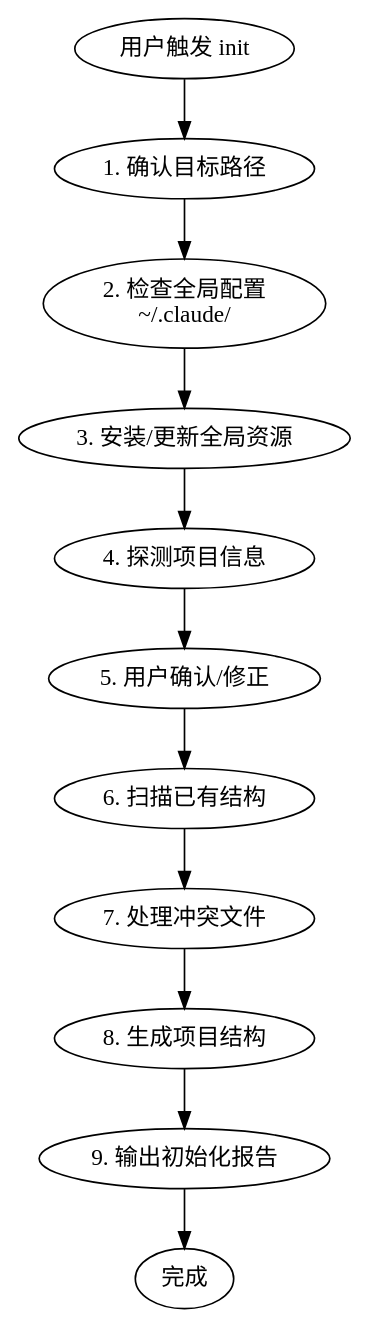
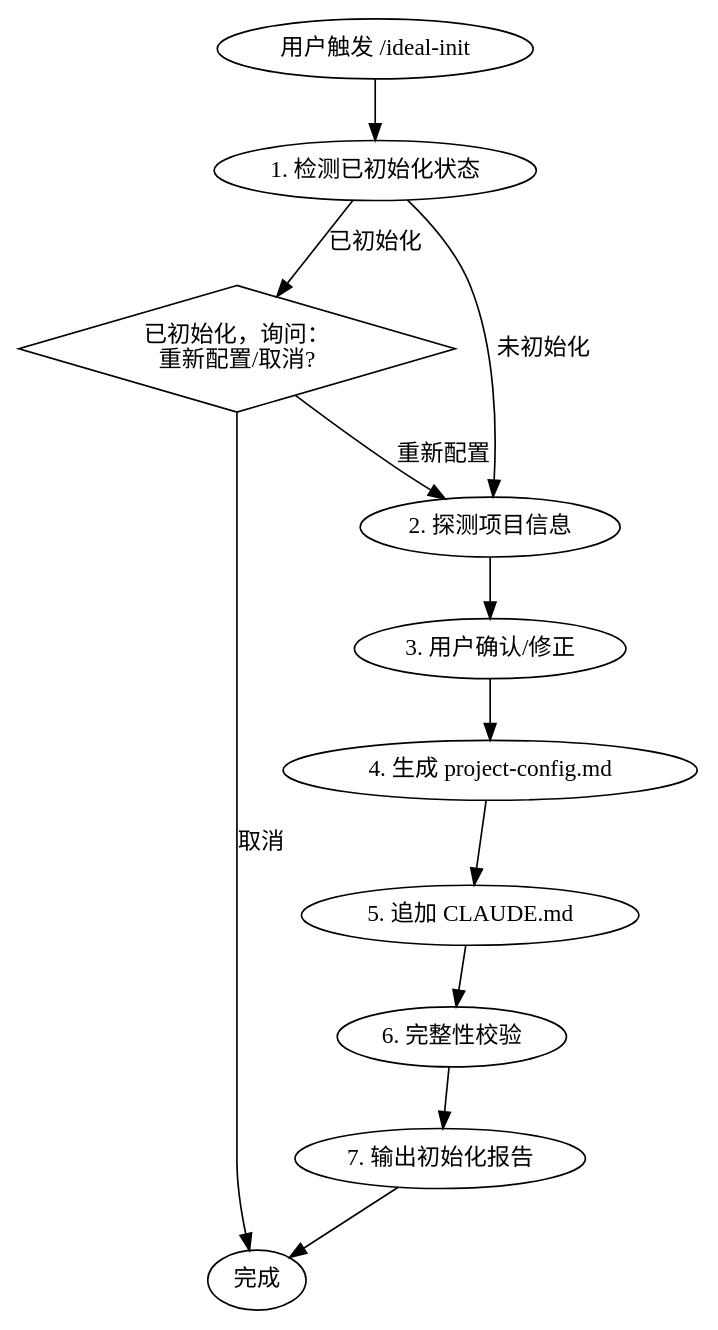
Before and after one commit to MTleen/cc-workflow: the diagram in .claude/skills/ideal-init/SKILL.md, drawn with Graphviz. The commit also changed other lines of this file and 7 other files, not shown here.

First line of the commit message:
refactor: ideal-init skill 职责重构与工作类型扩展

````diff
--- a/.claude/skills/ideal-init/SKILL.md
+++ b/.claude/skills/ideal-init/SKILL.md
@@ -35,19 +74,23 @@
 ```dot
-digraph init_workflow {
+digraph init_skill_workflow {
     rankdir=TB;
 
-    start [label="用户触发 init"];
-    step1 [label="1. 确认目标路径"];
-    step2 [label="2. 检查全局配置\n~/.claude/"];
-    step3 [label="3. 安装/更新全局资源"];
-    step4 [label="4. 探测项目信息"];
-    step5 [label="5. 用户确认/修正"];
-    step6 [label="6. 扫描已有结构"];
-    step7 [label="7. 处理冲突文件"];
-    step8 [label="8. 生成项目结构"];
-    step9 [label="9. 输出初始化报告"];
+    start [label="用户触发 /ideal-init"];
+    check_init [label="1. 检测已初始化状态"];
+    already_init [label="已初始化，询问：\n重新配置/取消?", shape=diamond];
+    detect [label="2. 探测项目信息"];
+    confirm [label="3. 用户确认/修正"];
+    generate_config [label="4. 生成 project-config.md"];
+    update_claude_md [label="5. 追加 CLAUDE.md"];
+    validate [label="6. 完整性校验"];
+    report [label="7. 输出初始化报告"];
     done [label="完成"];
 
-    start -> step1 -> step2 -> step3 -> step4 -> step5 -> step6 -> step7 -> step8 -> step9 -> done;
+    start -> check_init;
+    check_init -> already_init [label="已初始化"];
+    check_init -> detect [label="未初始化"];
+    already_init -> detect [label="重新配置"];
+    already_init -> done [label="取消"];
+    detect -> confirm -> generate_config -> update_claude_md -> validate -> report -> done;
 }
 ```
````
